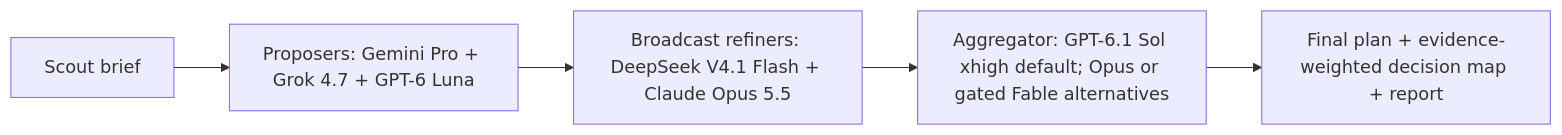
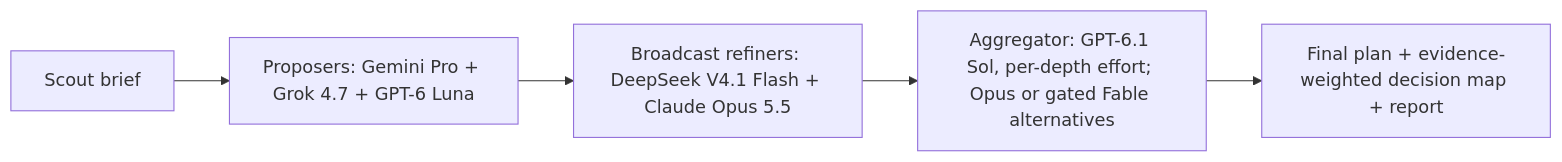
The diagram in docs/architecture.md (drivelineresearch/moa-x), drawn with Mermaid before and after one commit. The commit also changed other lines of this file and 11 other files, not shown here.

````diff
--- a/docs/architecture.md
+++ b/docs/architecture.md
@@ -7,7 +7,7 @@
 ```mermaid
 flowchart LR
   S["Scout brief"] --> P["Proposers: Gemini Pro + Grok 4.7 + GPT-6 Luna"]
   P --> R["Broadcast refiners: DeepSeek V4.1 Flash + Claude Opus 5.5"]
-  R --> A["Aggregator: GPT-6.1 Sol xhigh default; Opus or gated Fable alternatives"]
+  R --> A["Aggregator: GPT-6.1 Sol, per-depth effort; Opus or gated Fable alternatives"]
   A --> O["Final plan + evidence-weighted decision map + report"]
 ```
````
